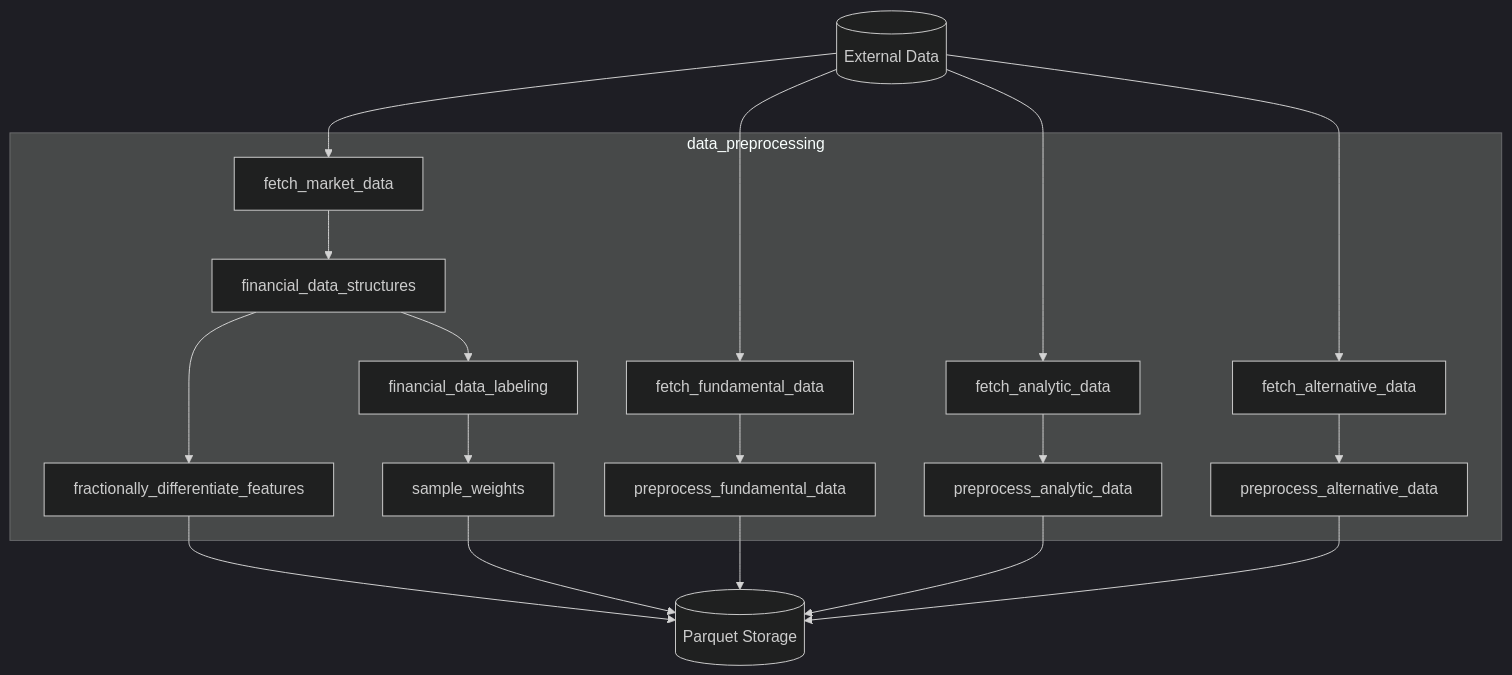
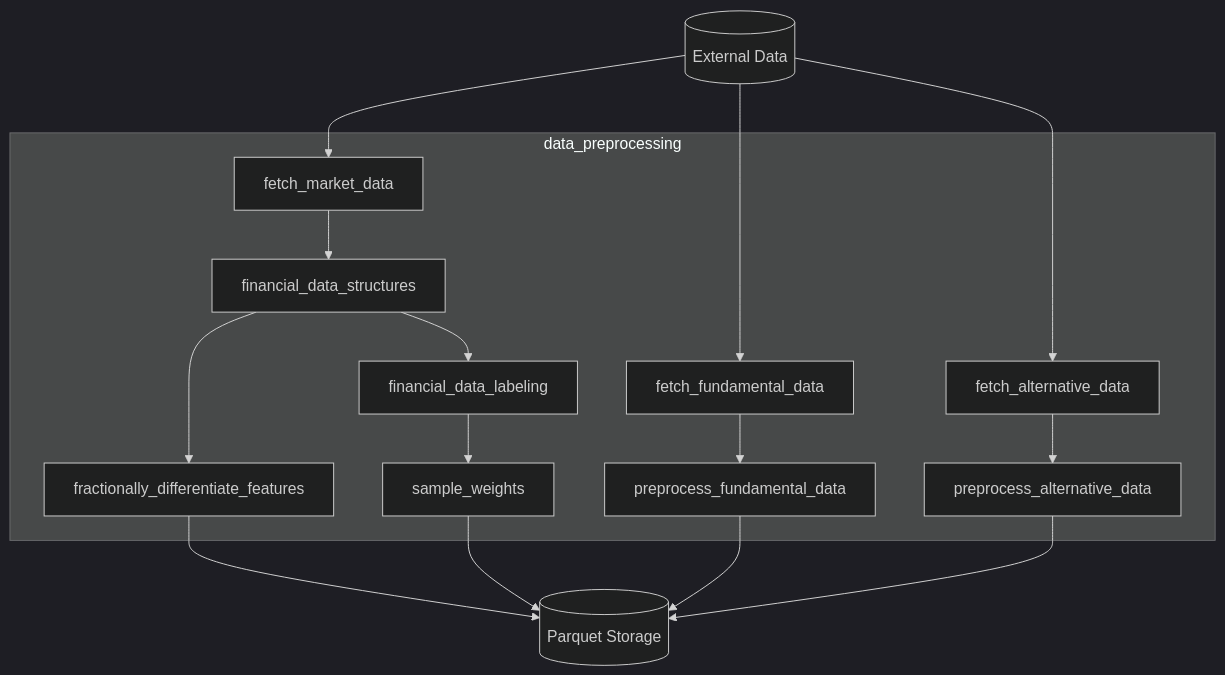
Before and after one commit to kwonjunhyuk9/financial-machine-learning: the third of 6 diagrams in docs/architecture.md, drawn with Mermaid (dark theme). The commit also changed other lines of this file and 3 other files, not shown here.

````diff
--- a/docs/architecture.md
+++ b/docs/architecture.md
@@ -62,36 +62,31 @@
 ```mermaid
 flowchart TD
     ext[(External Data)]
     parquet[(Parquet Storage)]
 
     subgraph dp[data_preprocessing]
         f1[fetch_market_data]
         f2[fetch_fundamental_data]
-        f3[fetch_analytic_data]
         f4[fetch_alternative_data]
         s1[financial_data_structures]
         s2[financial_data_labeling]
         s3[fractionally_differentiate_features]
         s4[sample_weights]
         s5[preprocess_fundamental_data]
-        s6[preprocess_analytic_data]
         s7[preprocess_alternative_data]
     end
 
     ext --> f1
     ext --> f2
-    ext --> f3
     ext --> f4
     f1 --> s1
     s1 --> s2
     s1 --> s3
     s2 --> s4
     f2 --> s5
-    f3 --> s6
     f4 --> s7
     s3 --> parquet
     s4 --> parquet
     s5 --> parquet
-    s6 --> parquet
     s7 --> parquet
 ```
````
